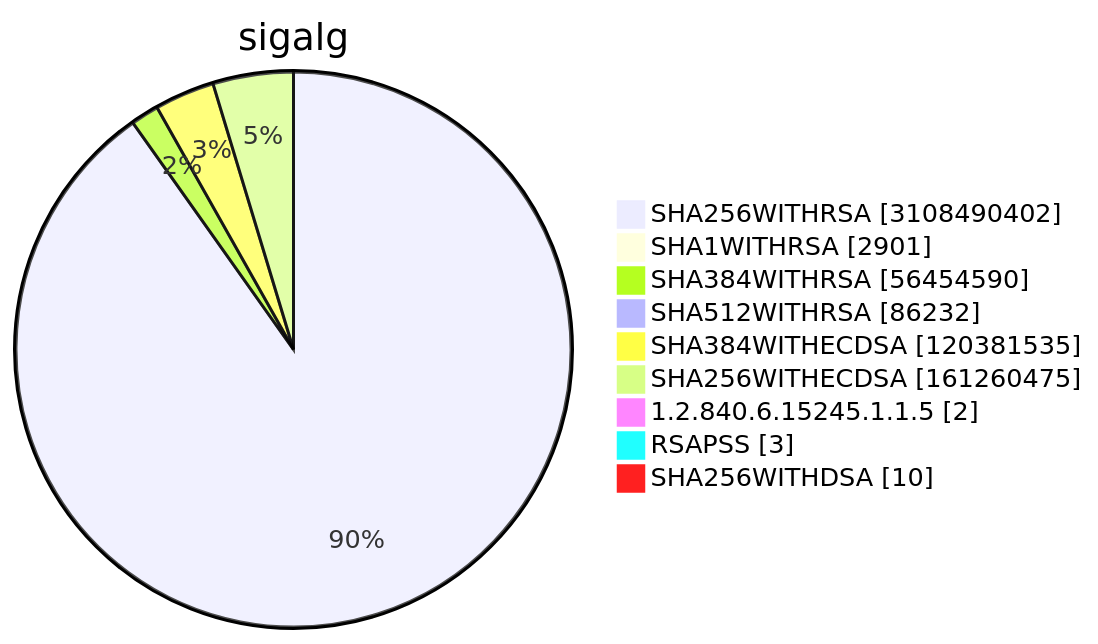
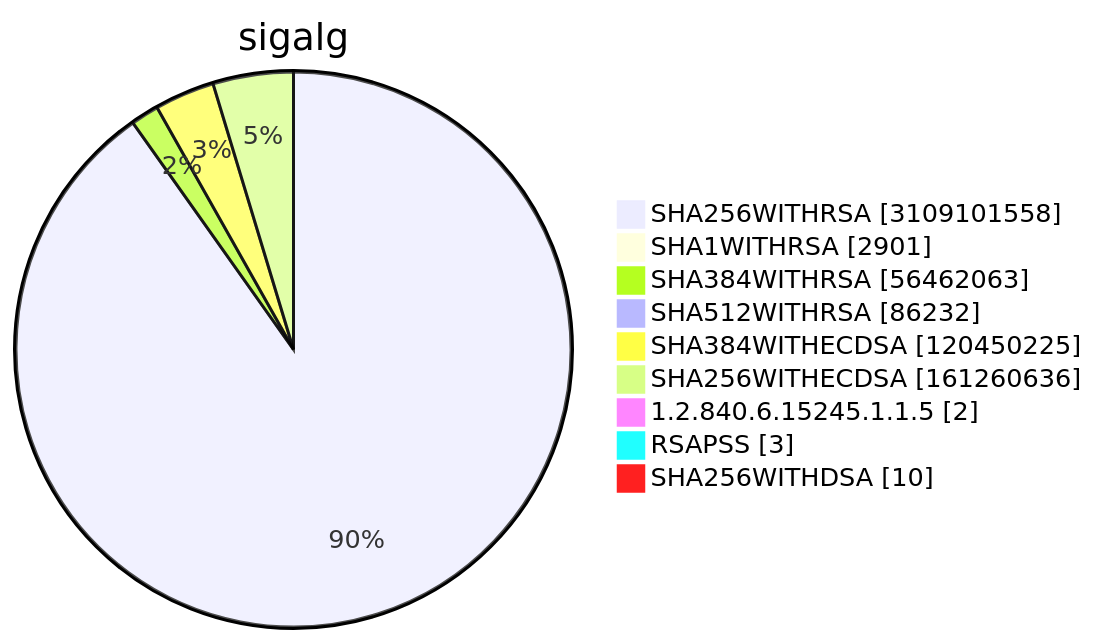
One commit to christiankrug/ctmonitor_visualization changed diagram 15 of 15 in TOTAL/README.md. Above: the diagram before and after it, drawn with Mermaid. The commit also changed other lines of this file, not shown here.

````diff
--- a/TOTAL/README.md
+++ b/TOTAL/README.md
@@ -6212,13 +6212,13 @@
 ```mermaid
 pie showData
 title sigalg
-"SHA256WITHRSA" :3108490402
+"SHA256WITHRSA" :3109101558
 "SHA1WITHRSA" :2901
-"SHA384WITHRSA" :56454590
+"SHA384WITHRSA" :56462063
 "SHA512WITHRSA" :86232
-"SHA384WITHECDSA" :120381535
-"SHA256WITHECDSA" :161260475
+"SHA384WITHECDSA" :120450225
+"SHA256WITHECDSA" :161260636
 "1.2.840.6.15245.1.1.5" :2
 "RSAPSS" :3
 "SHA256WITHDSA" :10
 ```
````
